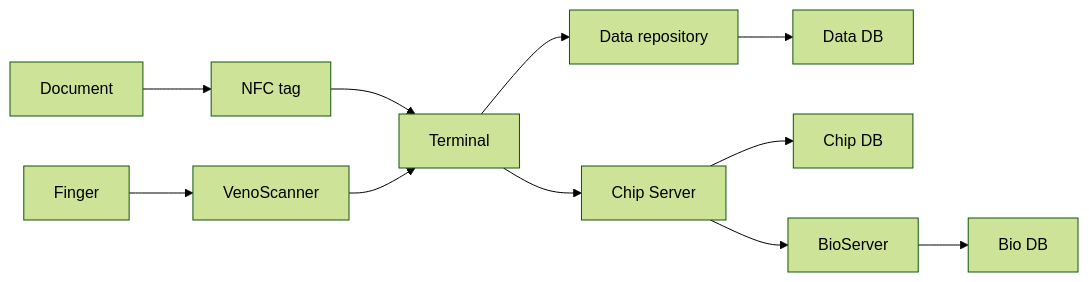
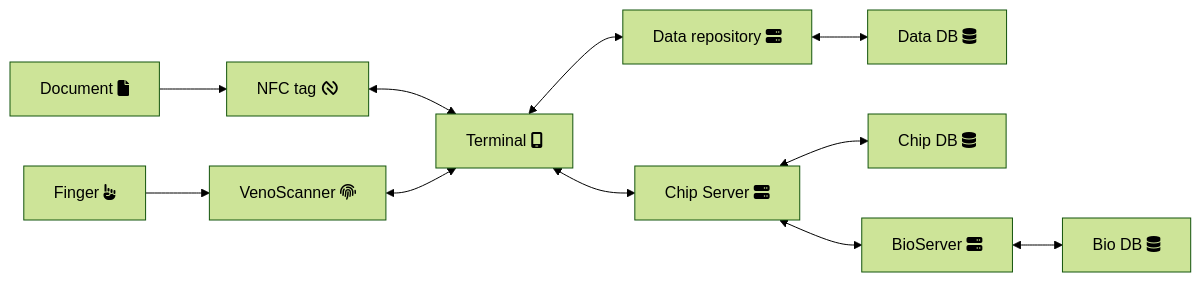
The first of 2 diagrams in diagrams/architecture.md (quinteirosm/veinoCertAPI), drawn with Mermaid (forest theme) before and after one commit. The commit also changed other lines of this file and 2 other files, not shown here.

Commit message:
updated diagrams and readme's

````diff
--- a/diagrams/architecture.md
+++ b/diagrams/architecture.md
@@ -5,18 +5,16 @@
 ```mermaid
-graph LR
+flowchart LR
+A[Document <i class="fa-solid fa-file"></i>] --> B[NFC tag <i class="fa-brands fa-nfc-symbol"></i>]
+C[Finger <i class="fa-solid fa-hand-point-up"></i>] --> D[VenoScanner <i class="fa-solid fa-fingerprint"></i>]
 
-A[Document] --> B[NFC tag]
-C[Finger] --> D[VenoScanner]
+B <--> E[Terminal <i class="fa-solid fa-mobile-screen"></i>]
+D <--> E
+E <--> F[Data repository fa:fa-server]
+F <--> G[Data DB fa:fa-database]
 
-B --> E[Terminal]
-D --> E
+E <--> H[Chip Server fa:fa-server]
+H <--> I[Chip DB fa:fa-database]
 
-E --> F[Data repository]
-F --> G[Data DB]
-
-E --> H[Chip Server]
-H --> I[Chip DB]
-
-H --> J[BioServer]
-J --> K[Bio DB]
+H <--> J[BioServer fa:fa-server]
+J <--> K[Bio DB fa:fa-database]
 ```
````
